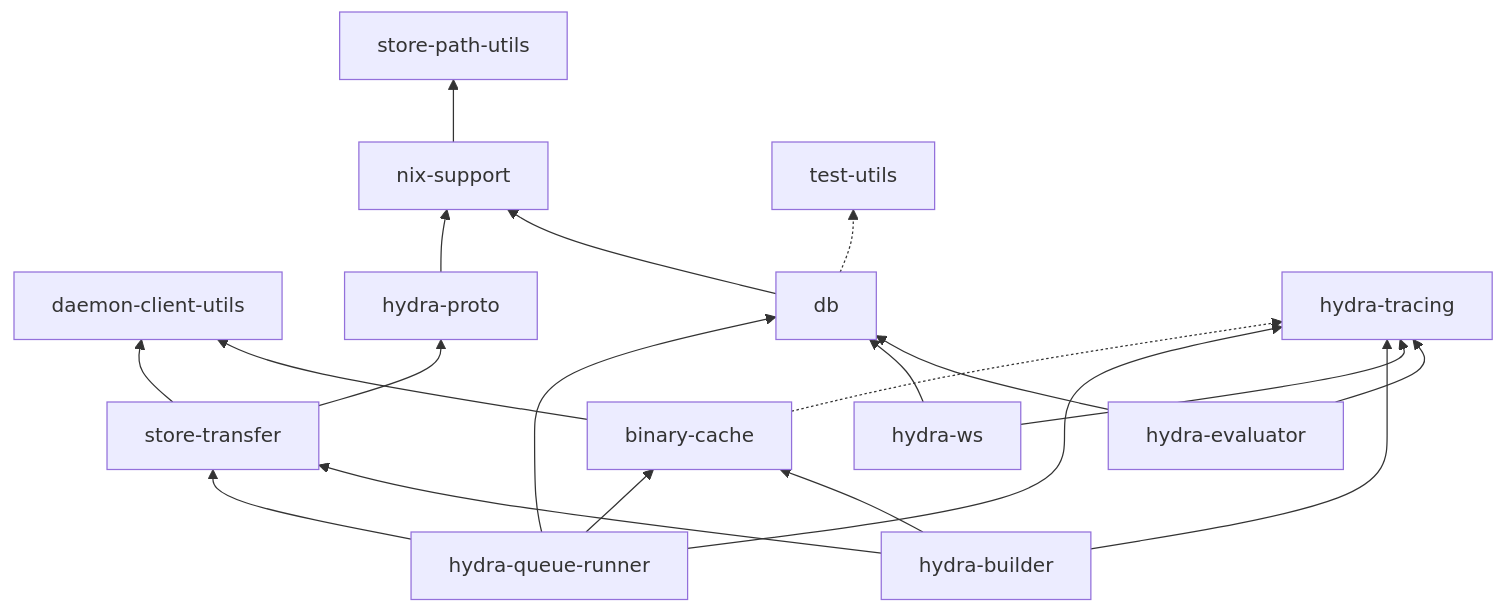
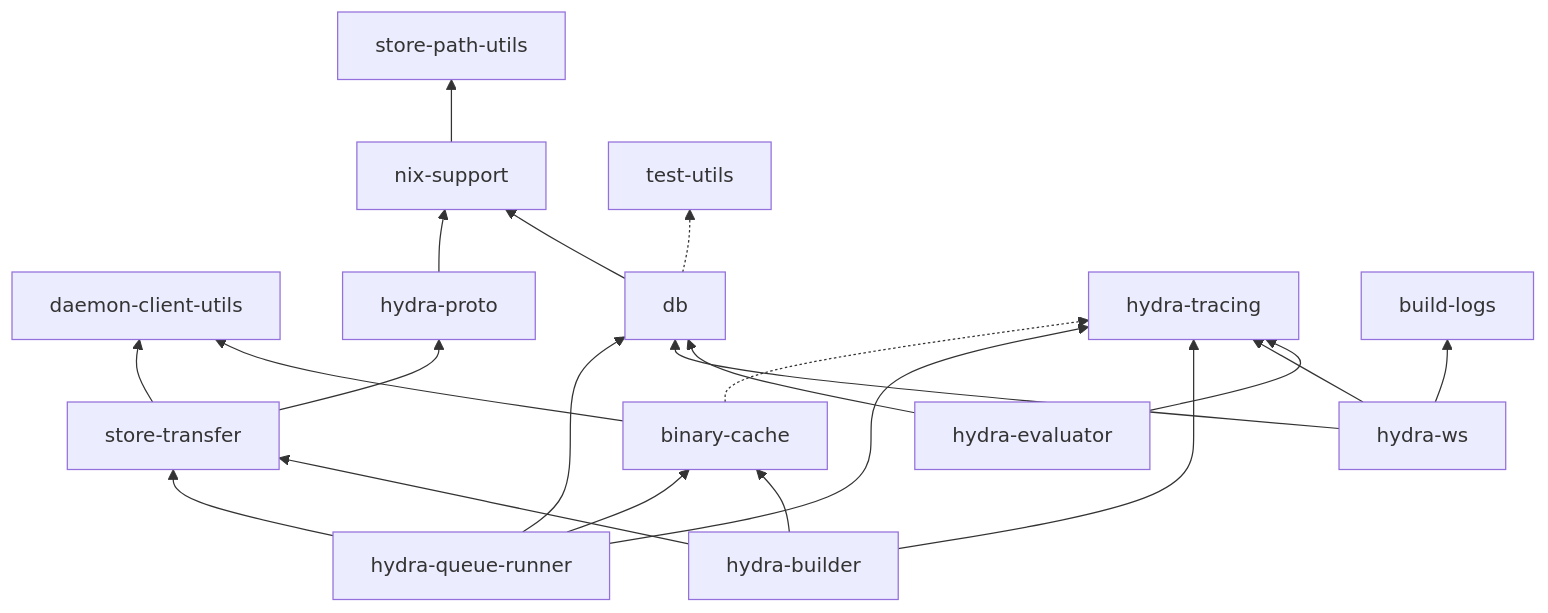
One commit to NixOS/hydra changed the diagram in subprojects/hydra-manual/src/architecture.md. Above: the diagram before and after it, drawn with Mermaid. The commit also changed other lines of this file and 11 other files, not shown here.

First line of the commit message:
build-logs: extract log tailing from `hydra-ws` into a crate

````diff
--- a/subprojects/hydra-manual/src/architecture.md
+++ b/subprojects/hydra-manual/src/architecture.md
@@ -66,22 +66,23 @@
 ```mermaid
 graph BT
     binary-cache --> daemon-client-utils
     nix-support --> store-path-utils
     db --> nix-support
     hydra-proto --> nix-support
     hydra-evaluator --> db
     hydra-evaluator --> hydra-tracing
+    hydra-ws --> build-logs
     hydra-ws --> db
     hydra-ws --> hydra-tracing
     store-transfer --> daemon-client-utils
     store-transfer --> hydra-proto
     hydra-builder --> binary-cache
     hydra-builder --> hydra-tracing
     hydra-builder --> store-transfer
     hydra-queue-runner --> binary-cache
     hydra-queue-runner --> db
     hydra-queue-runner --> hydra-tracing
     hydra-queue-runner --> store-transfer
     binary-cache -.-> hydra-tracing
     db -.-> test-utils
 ```
````
